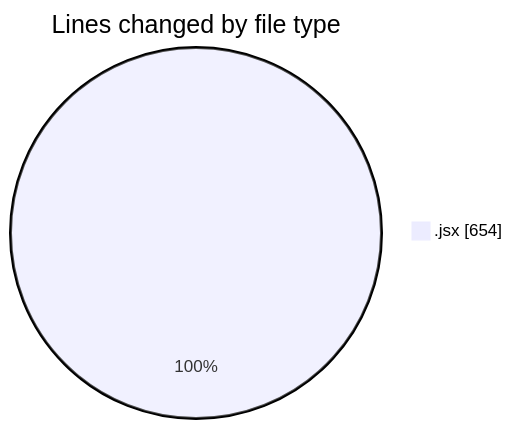
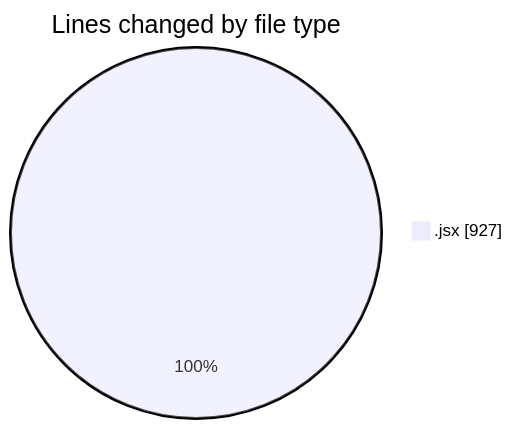
One commit to nxtqubesakshisongat/code-tracking changed the first of 2 diagrams in 2026-01-16/nxtqube_webapp/README.md. Above: the diagram before and after it, drawn with Mermaid. The commit also changed other lines of this file and 1 other file, not shown here.

````diff
--- a/2026-01-16/nxtqube_webapp/README.md
+++ b/2026-01-16/nxtqube_webapp/README.md
@@ -20,5 +21,5 @@
 ```mermaid
 pie showData
 title Lines changed by file type
-".jsx" : 654
+".jsx" : 927
 ```
````
